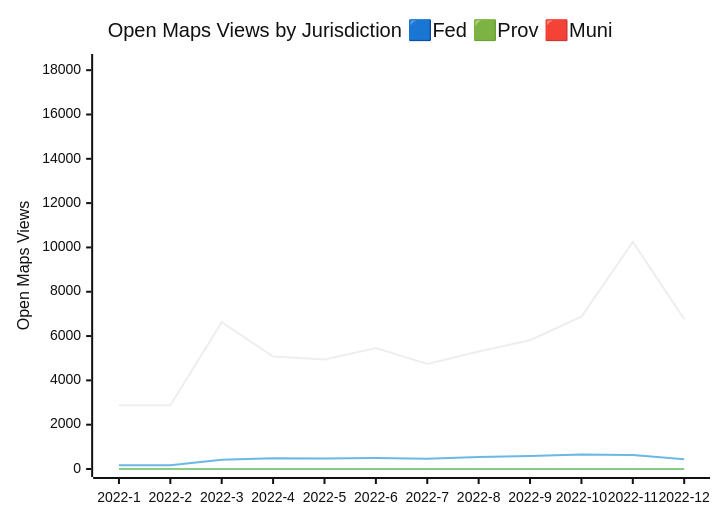
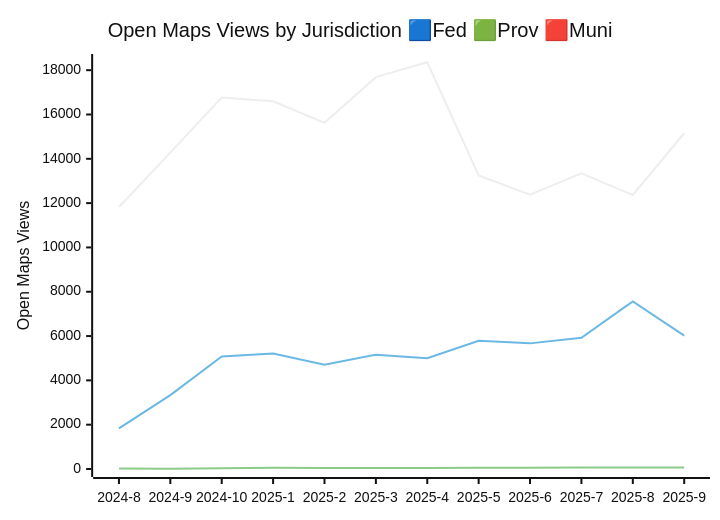
Before and after one commit to PatLittle/analytics-corporate-reporting: the third of 3 diagrams in JURISDICTION_ANALYTICS_REPORT/readme.md, drawn with Mermaid (neutral theme).

````diff
--- a/JURISDICTION_ANALYTICS_REPORT/readme.md
+++ b/JURISDICTION_ANALYTICS_REPORT/readme.md
@@ -30,10 +30,10 @@
 ```mermaid
 
 xychart-beta
     title "Open Maps Views by Jurisdiction 🟦Fed 🟩Prov 🟥Muni"
-    x-axis [2022-1, 2022-2, 2022-3, 2022-4, 2022-5, 2022-6, 2022-7, 2022-8, 2022-9, 2022-10, 2022-11, 2022-12]
+    x-axis [2024-8, 2024-9, 2024-10, 2025-1, 2025-2, 2025-3, 2025-4, 2025-5, 2025-6, 2025-7, 2025-8, 2025-9]
     y-axis "Open Maps Views" 0 --> 18369
-    line [2874, 2874, 6627, 5078, 4939, 5462, 4739, 5302, 5814, 6875, 10250, 6765]
-    line [172, 172, 417, 486, 470, 493, 460, 539, 588, 655, 632, 439]
-    line [0, 0, 0, 0, 1, 1, 0, 0, 0, 2, 3, 1]
+    line [11826, 14281, 16769, 16596, 15623, 17686, 18359, 13250, 12379, 13343, 12366, 15153]
+    line [1830, 3336, 5077, 5214, 4711, 5158, 5002, 5784, 5670, 5922, 7564, 6017]
+    line [17, 14, 36, 52, 45, 47, 42, 52, 51, 71, 72, 68]
 ```
````
